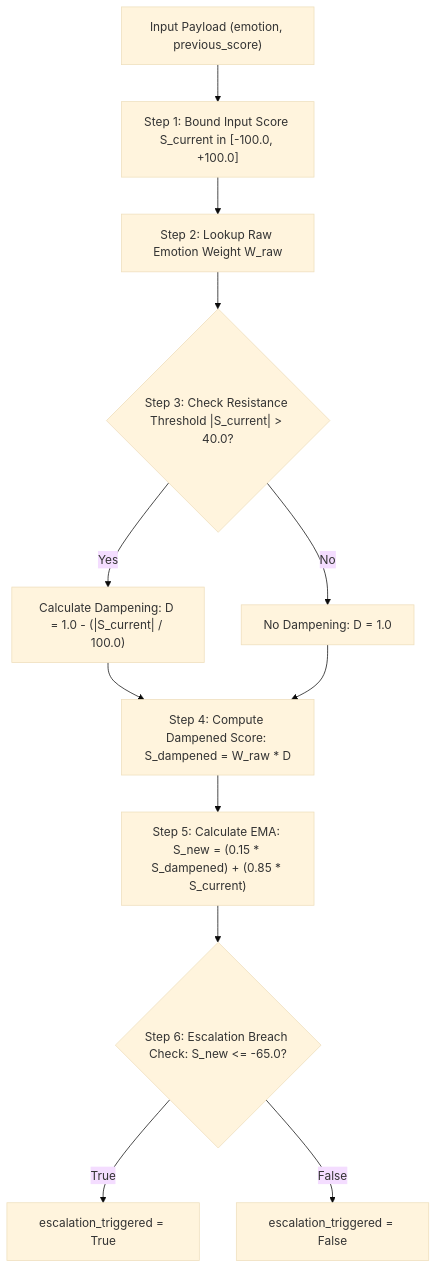
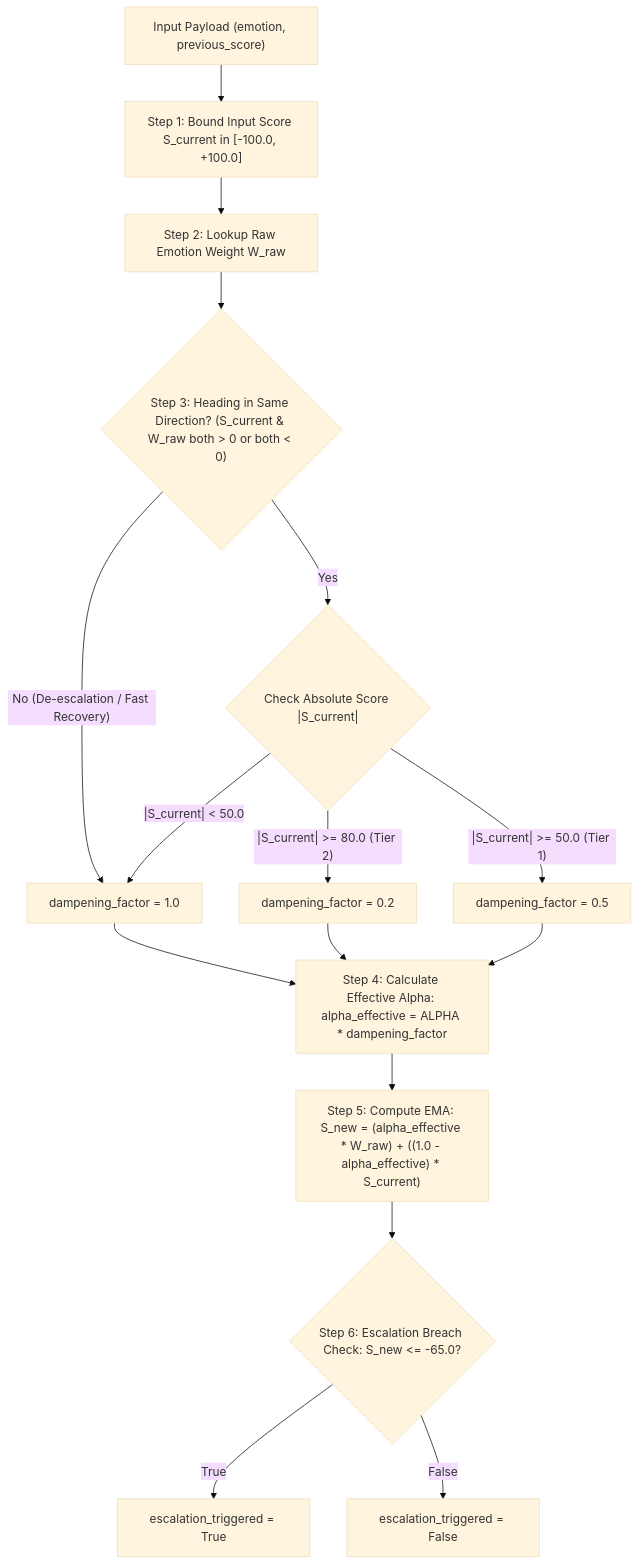
One commit to Thejandeera/live-call-sentiment changed the diagram in score.md. Above: the diagram before and after it, drawn with Mermaid (base theme). The commit also changed other lines of this file, not shown here.

Commit message:
refactor: replace non-linear asymptotic dampening with tiered resistance and alpha-based directional recovery in sentiment scoring logic

````diff
--- a/score.md
+++ b/score.md
@@ -106,14 +110,18 @@
 ```mermaid
 flowchart TD
     A["Input Payload (emotion, previous_score)"] --> B["Step 1: Bound Input Score S_current in [-100.0, +100.0]"]
     B --> C["Step 2: Lookup Raw Emotion Weight W_raw"]
-    C --> D{"Step 3: Check Resistance Threshold |S_current| > 40.0?"}
-    D -- Yes --> E["Calculate Dampening: D = 1.0 - (|S_current| / 100.0)"]
-    D -- No --> F["No Dampening: D = 1.0"]
-    E --> G["Step 4: Compute Dampened Score: S_dampened = W_raw * D"]
-    F --> G
-    G --> H["Step 5: Calculate EMA: S_new = (0.15 * S_dampened) + (0.85 * S_current)"]
-    H --> I{"Step 6: Escalation Breach Check: S_new <= -65.0?"}
-    I -- True --> J["escalation_triggered = True"]
-    I -- False --> K["escalation_triggered = False"]
+    C --> D{"Step 3: Heading in Same Direction? (S_current & W_raw both > 0 or both < 0)"}
+    D -- No (De-escalation / Fast Recovery) --> E["dampening_factor = 1.0"]
+    D -- Yes --> F{"Check Absolute Score |S_current|"}
+    F -- "|S_current| >= 80.0 (Tier 2)" --> G["dampening_factor = 0.2"]
+    F -- "|S_current| >= 50.0 (Tier 1)" --> H["dampening_factor = 0.5"]
+    F -- "|S_current| < 50.0" --> E
+    E --> I["Step 4: Calculate Effective Alpha: alpha_effective = ALPHA * dampening_factor"]
+    G --> I
+    H --> I
+    I --> J["Step 5: Compute EMA: S_new = (alpha_effective * W_raw) + ((1.0 - alpha_effective) * S_current)"]
+    J --> K{"Step 6: Escalation Breach Check: S_new <= -65.0?"}
+    K -- True --> L["escalation_triggered = True"]
+    K -- False --> M["escalation_triggered = False"]
 ```
````
